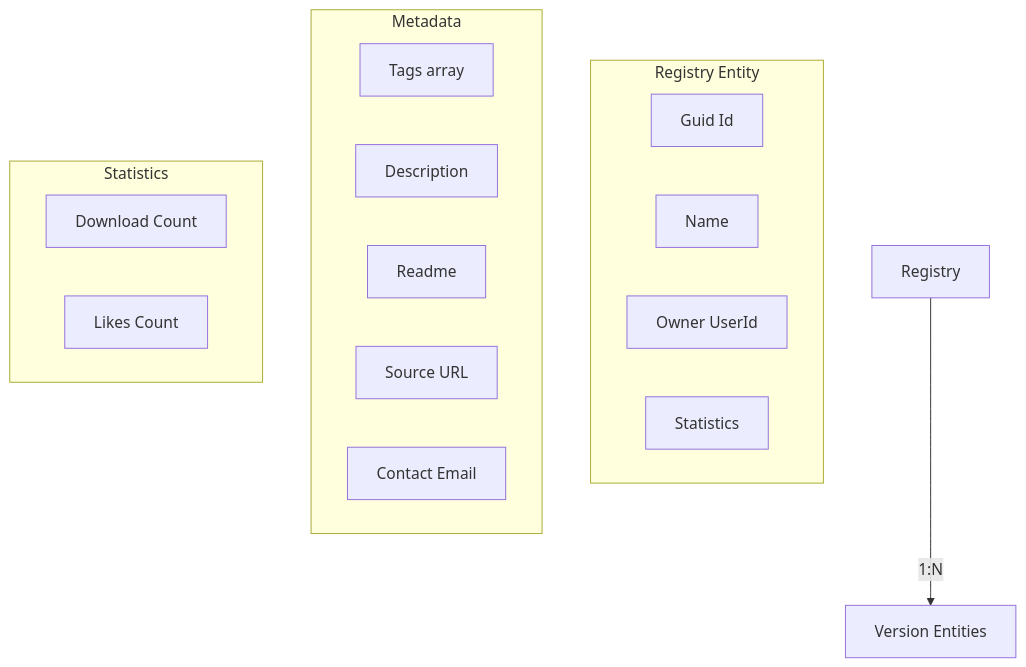
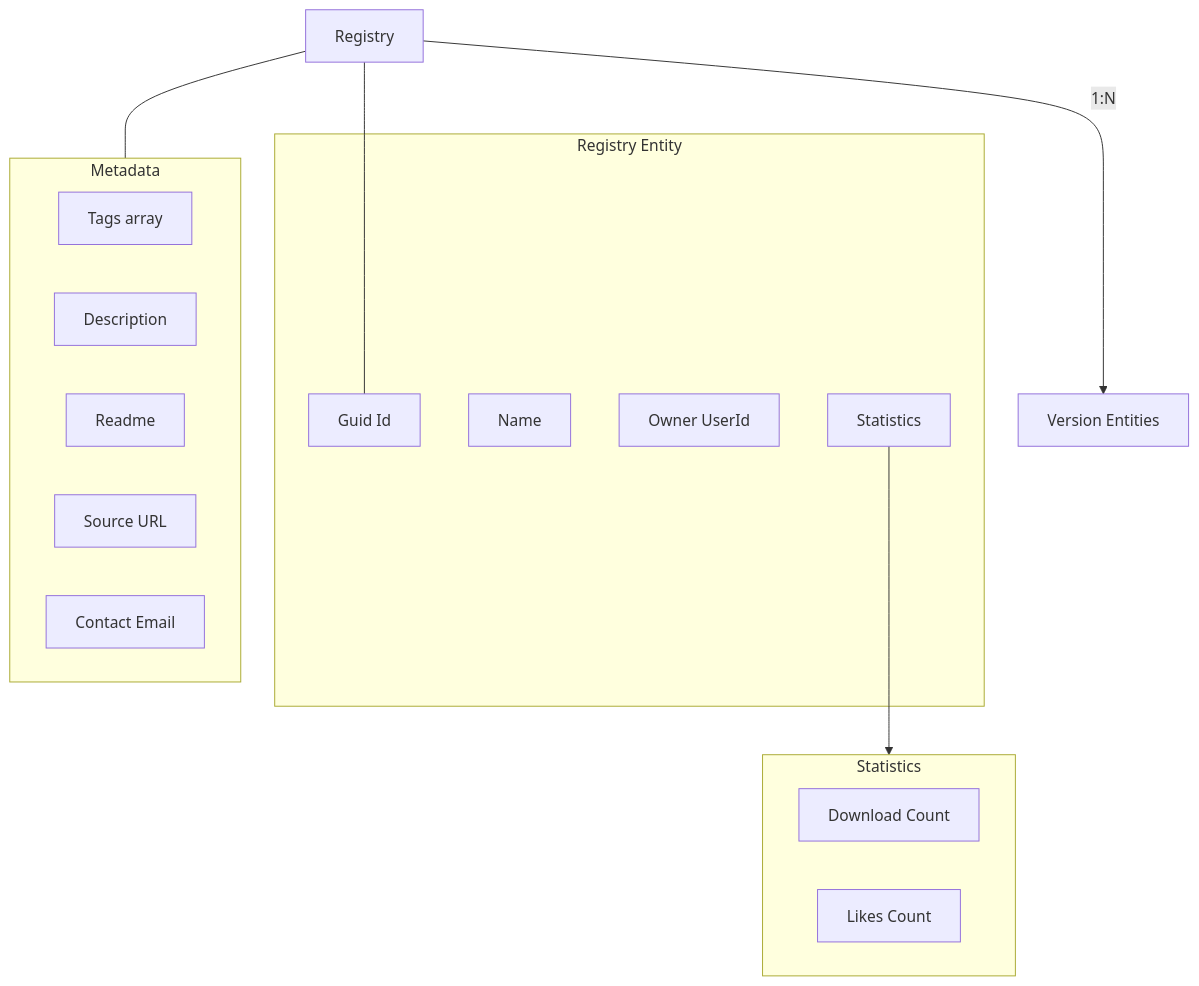
The first of 2 diagrams in docs/developer/concepts/03-registry.md (AtomiCloud/sulfone.zinc), drawn with Mermaid before and after one commit. The commit also changed other lines of this file and 31 other files, not shown here.

````diff
--- a/docs/developer/concepts/03-registry.md
+++ b/docs/developer/concepts/03-registry.md
@@ -20,24 +20,29 @@
 ```mermaid
 flowchart TB
+    RegistryNode[Registry]
+
     subgraph Registry Entity
         Id[Guid Id]
         Name[Name]
         UserId[Owner UserId]
         Stats[Statistics]
     end
 
     subgraph Metadata
         Tags["Tags array"]
         Desc[Description]
         Readme[Readme]
         Source[Source URL]
         Email[Contact Email]
     end
 
     subgraph Statistics
         Downloads[Download Count]
         Likes[Likes Count]
     end
 
-    Registry -->|1:N| Versions[Version Entities]
+    RegistryNode --- Id
+    RegistryNode --- Metadata
+    Stats --> Statistics
+    RegistryNode -->|1:N| Versions[Version Entities]
 ```
````
